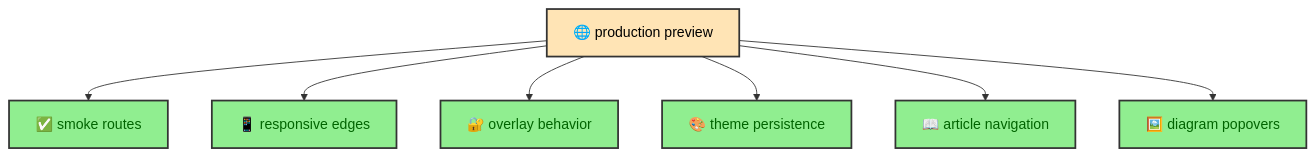
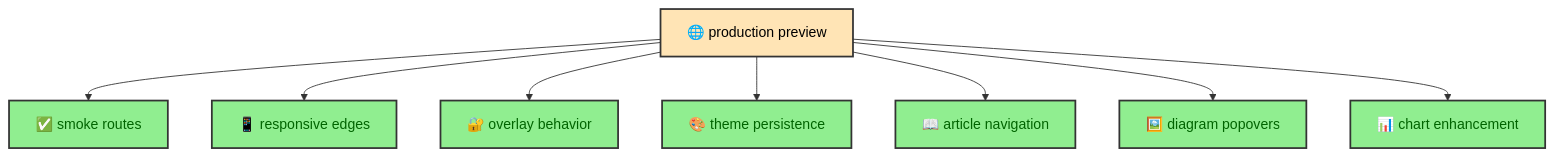
The diagram in src/thejournal/building_albertoduran/quality/e2e_accessibility.mdx (duranalberto/albertoduran), drawn with Mermaid before and after one commit. The commit also changed other lines of this file and 45 other files, not shown here.

````diff
--- a/src/thejournal/building_albertoduran/quality/e2e_accessibility.mdx
+++ b/src/thejournal/building_albertoduran/quality/e2e_accessibility.mdx
@@ -42,15 +43,16 @@
 ```mermaid
 flowchart TD
     Preview[🌐 production preview] --> Smoke[✅ smoke routes]
     Preview --> Responsive[📱 responsive edges]
     Preview --> Overlay[🔐 overlay behavior]
     Preview --> Theme[🎨 theme persistence]
     Preview --> Article[📖 article navigation]
     Preview --> Mermaid[🖼️ diagram popovers]
+    Preview --> Charts[📊 chart enhancement]
 
     classDef preview fill:#FFE4B5,stroke:#333,stroke-width:2px,color:black
     classDef browser fill:#90EE90,stroke:#333,stroke-width:2px,color:darkgreen
 
     class Preview preview
-    class Smoke,Responsive,Overlay,Theme,Article,Mermaid browser
+    class Smoke,Responsive,Overlay,Theme,Article,Mermaid,Charts browser
 ```
````
